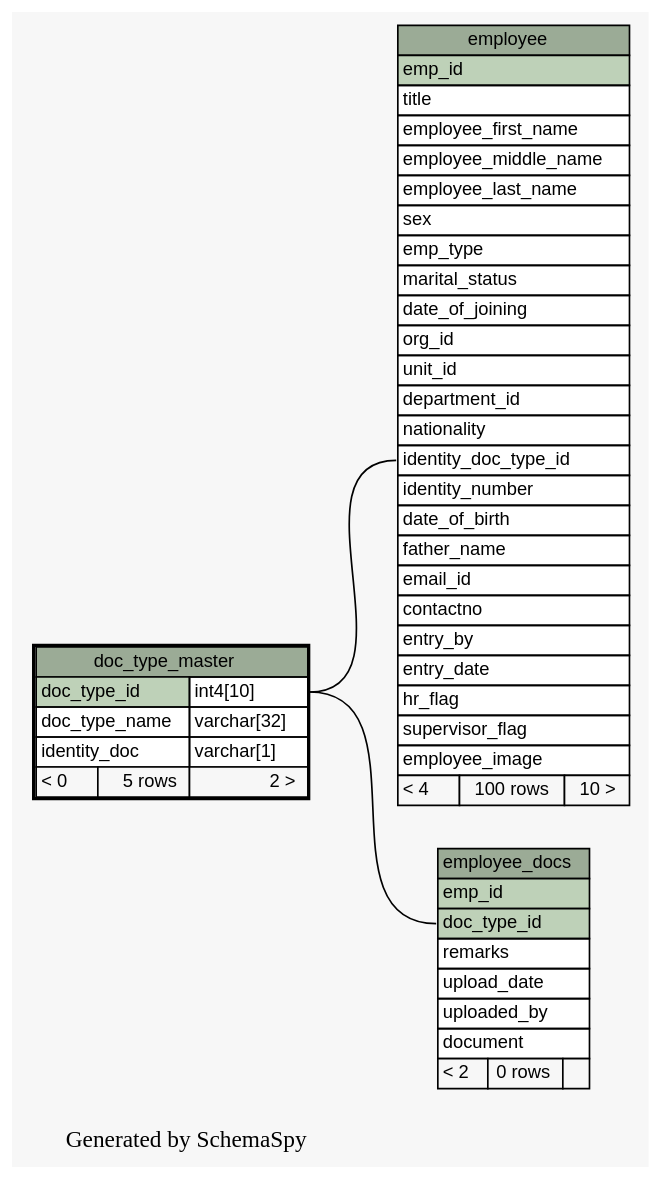
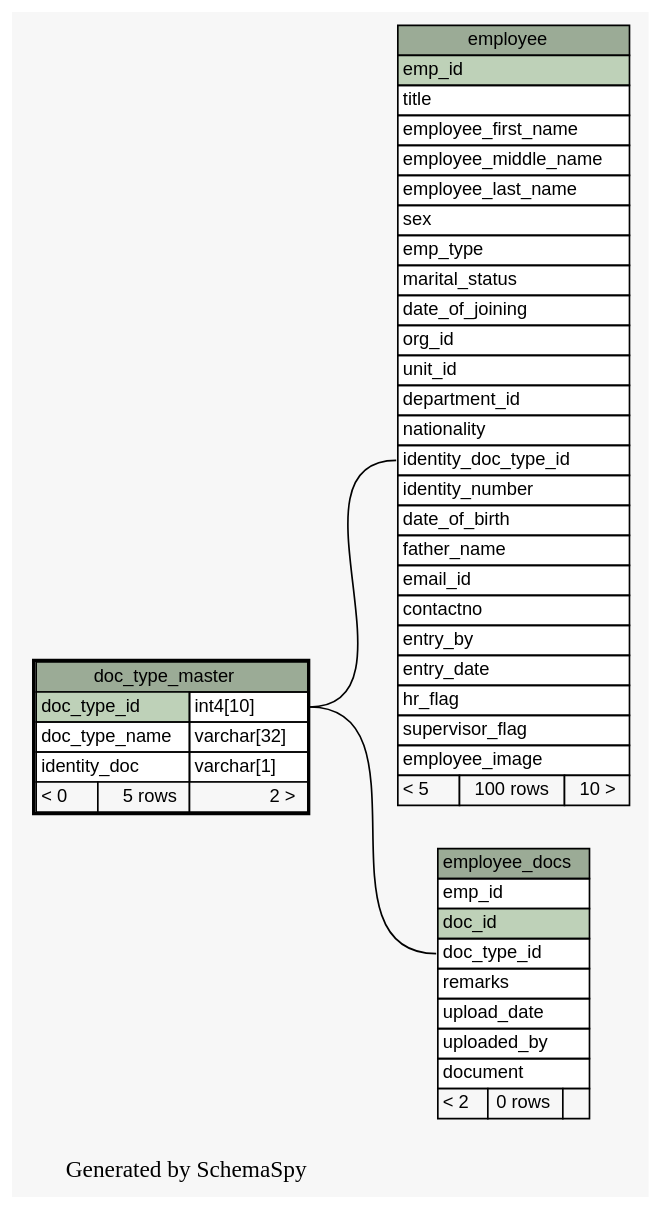
Before and after one commit to engineerscraft/hrms: the diagram in docs/database/schemaspy/graphs/doc_type_master.1degree.dot, drawn with Graphviz. The commit also changed 204 other files, not shown here.

```diff
--- a/docs/database/schemaspy/graphs/doc_type_master.1degree.dot
+++ b/docs/database/schemaspy/graphs/doc_type_master.1degree.dot
@@ -1,79 +1,80 @@
 // dot 2.38.0 on Windows 7 6.1
 digraph "oneDegreeRelationshipsGraph" {
   graph [
     rankdir="RL"
     bgcolor="#f7f7f7"
     label="\nGenerated by SchemaSpy"
     labeljust="l"
   ];
   node [
     fontname="Helvetica"
     fontsize="11"
     shape="plaintext"
   ];
   edge [
     arrowsize="0.8"
   ];
   "employee":"identity_doc_type_id":w -> "doc_type_master":"doc_type_id.type":e [arrowtail=crowodot arrowhead=none];
-  "employee_docs":"doc_type_id":w -> "doc_type_master":"doc_type_id.type":e [arrowtail=crowtee arrowhead=none];
+  "employee_docs":"doc_type_id":w -> "doc_type_master":"doc_type_id.type":e [arrowtail=crowodot arrowhead=none];
   "doc_type_master" [
     label=<
     <TABLE BORDER="2" CELLBORDER="1" CELLSPACING="0" BGCOLOR="#ffffff">
       <TR><TD PORT="doc_type_master.heading" COLSPAN="3" BGCOLOR="#9bab96" ALIGN="CENTER">doc_type_master</TD></TR>
       <TR><TD PORT="doc_type_id" COLSPAN="2" BGCOLOR="#bed1b8" ALIGN="LEFT">doc_type_id</TD><TD PORT="doc_type_id.type" ALIGN="LEFT">int4[10]</TD></TR>
       <TR><TD PORT="doc_type_name" COLSPAN="2" ALIGN="LEFT">doc_type_name</TD><TD PORT="doc_type_name.type" ALIGN="LEFT">varchar[32]</TD></TR>
       <TR><TD PORT="identity_doc" COLSPAN="2" ALIGN="LEFT">identity_doc</TD><TD PORT="identity_doc.type" ALIGN="LEFT">varchar[1]</TD></TR>
       <TR><TD ALIGN="LEFT" BGCOLOR="#f7f7f7">&lt; 0</TD><TD ALIGN="RIGHT" BGCOLOR="#f7f7f7">5 rows</TD><TD ALIGN="RIGHT" BGCOLOR="#f7f7f7">2 &gt;</TD></TR>
     </TABLE>>
     URL="doc_type_master.html#"
     tooltip="doc_type_master"
   ];
   "employee" [
     label=<
     <TABLE BORDER="0" CELLBORDER="1" CELLSPACING="0" BGCOLOR="#ffffff">
       <TR><TD PORT="employee.heading" COLSPAN="3" BGCOLOR="#9bab96" ALIGN="CENTER">employee</TD></TR>
       <TR><TD PORT="emp_id" COLSPAN="3" BGCOLOR="#bed1b8" ALIGN="LEFT">emp_id</TD></TR>
       <TR><TD PORT="title" COLSPAN="3" ALIGN="LEFT">title</TD></TR>
       <TR><TD PORT="employee_first_name" COLSPAN="3" ALIGN="LEFT">employee_first_name</TD></TR>
       <TR><TD PORT="employee_middle_name" COLSPAN="3" ALIGN="LEFT">employee_middle_name</TD></TR>
       <TR><TD PORT="employee_last_name" COLSPAN="3" ALIGN="LEFT">employee_last_name</TD></TR>
       <TR><TD PORT="sex" COLSPAN="3" ALIGN="LEFT">sex</TD></TR>
       <TR><TD PORT="emp_type" COLSPAN="3" ALIGN="LEFT">emp_type</TD></TR>
       <TR><TD PORT="marital_status" COLSPAN="3" ALIGN="LEFT">marital_status</TD></TR>
       <TR><TD PORT="date_of_joining" COLSPAN="3" ALIGN="LEFT">date_of_joining</TD></TR>
       <TR><TD PORT="org_id" COLSPAN="3" ALIGN="LEFT">org_id</TD></TR>
       <TR><TD PORT="unit_id" COLSPAN="3" ALIGN="LEFT">unit_id</TD></TR>
       <TR><TD PORT="department_id" COLSPAN="3" ALIGN="LEFT">department_id</TD></TR>
       <TR><TD PORT="nationality" COLSPAN="3" ALIGN="LEFT">nationality</TD></TR>
       <TR><TD PORT="identity_doc_type_id" COLSPAN="3" ALIGN="LEFT">identity_doc_type_id</TD></TR>
       <TR><TD PORT="identity_number" COLSPAN="3" ALIGN="LEFT">identity_number</TD></TR>
       <TR><TD PORT="date_of_birth" COLSPAN="3" ALIGN="LEFT">date_of_birth</TD></TR>
       <TR><TD PORT="father_name" COLSPAN="3" ALIGN="LEFT">father_name</TD></TR>
       <TR><TD PORT="email_id" COLSPAN="3" ALIGN="LEFT">email_id</TD></TR>
       <TR><TD PORT="contactno" COLSPAN="3" ALIGN="LEFT">contactno</TD></TR>
       <TR><TD PORT="entry_by" COLSPAN="3" ALIGN="LEFT">entry_by</TD></TR>
       <TR><TD PORT="entry_date" COLSPAN="3" ALIGN="LEFT">entry_date</TD></TR>
       <TR><TD PORT="hr_flag" COLSPAN="3" ALIGN="LEFT">hr_flag</TD></TR>
       <TR><TD PORT="supervisor_flag" COLSPAN="3" ALIGN="LEFT">supervisor_flag</TD></TR>
       <TR><TD PORT="employee_image" COLSPAN="3" ALIGN="LEFT">employee_image</TD></TR>
-      <TR><TD ALIGN="LEFT" BGCOLOR="#f7f7f7">&lt; 4</TD><TD ALIGN="RIGHT" BGCOLOR="#f7f7f7">100 rows</TD><TD ALIGN="RIGHT" BGCOLOR="#f7f7f7">10 &gt;</TD></TR>
+      <TR><TD ALIGN="LEFT" BGCOLOR="#f7f7f7">&lt; 5</TD><TD ALIGN="RIGHT" BGCOLOR="#f7f7f7">100 rows</TD><TD ALIGN="RIGHT" BGCOLOR="#f7f7f7">10 &gt;</TD></TR>
     </TABLE>>
     URL="employee.html#graph"
     tooltip="employee"
   ];
   "employee_docs" [
     label=<
     <TABLE BORDER="0" CELLBORDER="1" CELLSPACING="0" BGCOLOR="#ffffff">
       <TR><TD PORT="employee_docs.heading" COLSPAN="3" BGCOLOR="#9bab96" ALIGN="CENTER">employee_docs</TD></TR>
-      <TR><TD PORT="emp_id" COLSPAN="3" BGCOLOR="#bed1b8" ALIGN="LEFT">emp_id</TD></TR>
-      <TR><TD PORT="doc_type_id" COLSPAN="3" BGCOLOR="#bed1b8" ALIGN="LEFT">doc_type_id</TD></TR>
+      <TR><TD PORT="emp_id" COLSPAN="3" ALIGN="LEFT">emp_id</TD></TR>
+      <TR><TD PORT="doc_id" COLSPAN="3" BGCOLOR="#bed1b8" ALIGN="LEFT">doc_id</TD></TR>
+      <TR><TD PORT="doc_type_id" COLSPAN="3" ALIGN="LEFT">doc_type_id</TD></TR>
       <TR><TD PORT="remarks" COLSPAN="3" ALIGN="LEFT">remarks</TD></TR>
       <TR><TD PORT="upload_date" COLSPAN="3" ALIGN="LEFT">upload_date</TD></TR>
       <TR><TD PORT="uploaded_by" COLSPAN="3" ALIGN="LEFT">uploaded_by</TD></TR>
       <TR><TD PORT="document" COLSPAN="3" ALIGN="LEFT">document</TD></TR>
       <TR><TD ALIGN="LEFT" BGCOLOR="#f7f7f7">&lt; 2</TD><TD ALIGN="RIGHT" BGCOLOR="#f7f7f7">0 rows</TD><TD ALIGN="RIGHT" BGCOLOR="#f7f7f7">  </TD></TR>
     </TABLE>>
     URL="employee_docs.html#graph"
     tooltip="employee_docs"
   ];
 }
```
